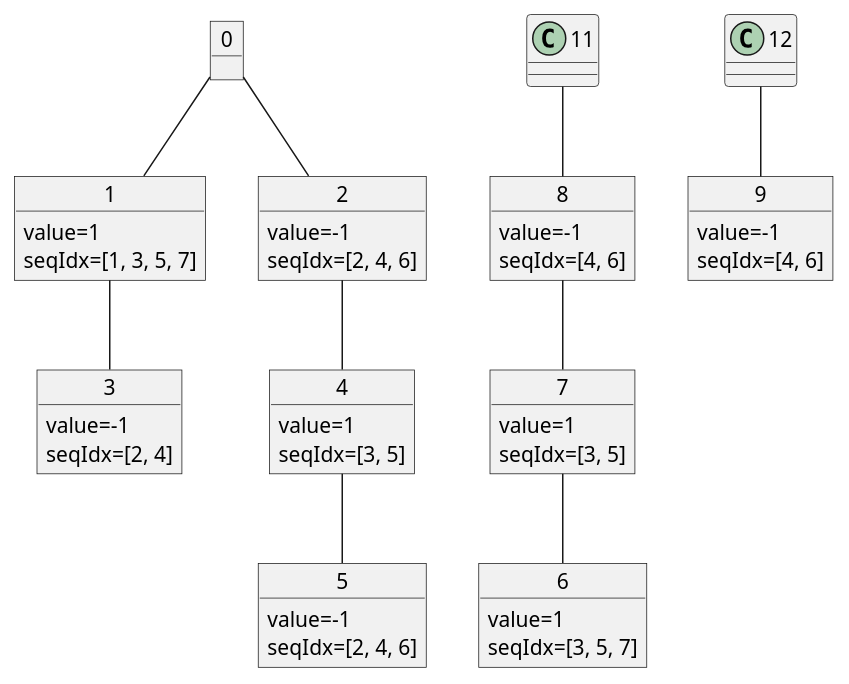
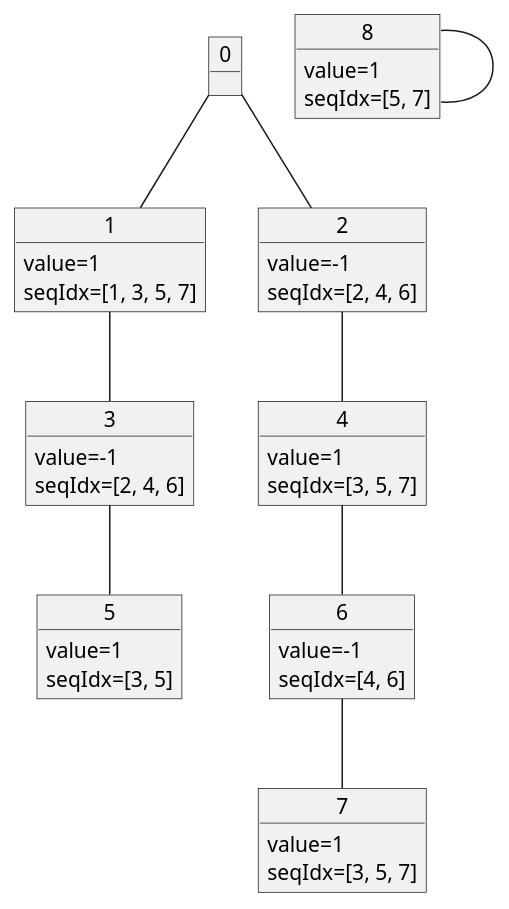
Before and after one commit to ttekesuke/MelodyToLOUDS-Trie: the diagram in tree.puml, drawn with PlantUML. The commit also changed 2 other files, not shown here.

```diff
--- a/tree.puml
+++ b/tree.puml
@@ -2,39 +2,35 @@
 @startuml tree_diagram
 object 0
 object 1
 1 : value=1
 1 : seqIdx=[1, 3, 5, 7]
 object 2
 2 : value=-1
 2 : seqIdx=[2, 4, 6]
 object 3
 3 : value=-1
-3 : seqIdx=[2, 4]
+3 : seqIdx=[2, 4, 6]
 object 4
 4 : value=1
-4 : seqIdx=[3, 5]
+4 : seqIdx=[3, 5, 7]
 object 5
-5 : value=-1
-5 : seqIdx=[2, 4, 6]
+5 : value=1
+5 : seqIdx=[3, 5]
 object 6
-6 : value=1
-6 : seqIdx=[3, 5, 7]
+6 : value=-1
+6 : seqIdx=[4, 6]
 object 7
 7 : value=1
-7 : seqIdx=[3, 5]
+7 : seqIdx=[3, 5, 7]
 object 8
-8 : value=-1
-8 : seqIdx=[4, 6]
-object 9
-9 : value=-1
-9 : seqIdx=[4, 6]
+8 : value=1
+8 : seqIdx=[5, 7]
 0--1
 0--2
 1--3
 2--4
-4--5
-7--6
-8--7
-11--8
-12--9
+3--5
+4--6
+6--7
+8--8
 @enduml
```
